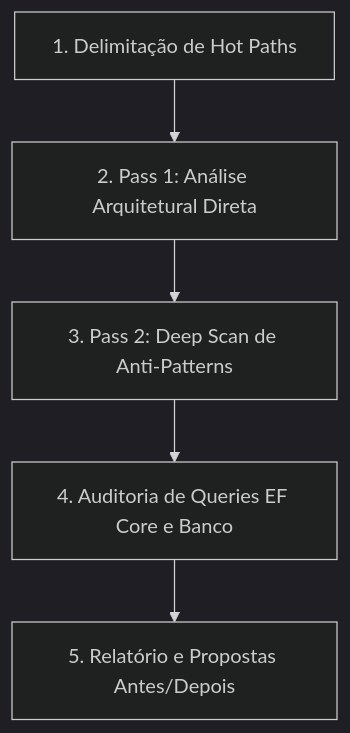
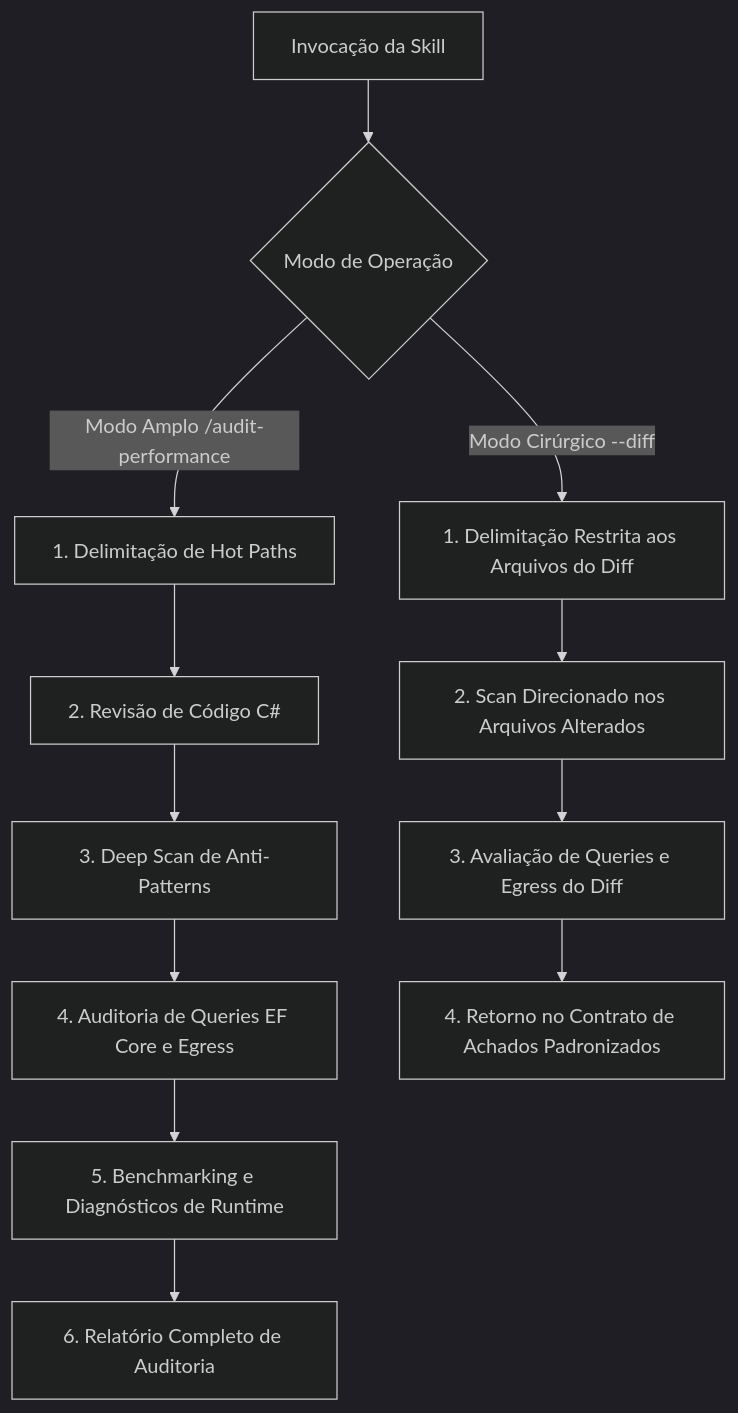
One commit to samuelalvesv/autogestor changed the diagram in .agents/skills/audit-performance/SKILL.md. Above: the diagram before and after it, drawn with Mermaid (dark theme). The commit also changed other lines of this file and 7 other files, not shown here.

First line of the commit message:
Viewed SKILL.md:1-102 Ran command: `rtk git status --short` Ran command: `rtk git diff --cached --name-only` Ran command: `rtk git diff --stat` Ran command: `rtk git diff --cached --stat`

````diff
--- a/.agents/skills/audit-performance/SKILL.md
+++ b/.agents/skills/audit-performance/SKILL.md
@@ -26,7 +69,14 @@
 ```mermaid
 flowchart TD
-    A[1. Delimitação de Hot Paths] --> B[2. Pass 1: Análise Arquitetural Direta]
-    B --> C[3. Pass 2: Deep Scan de Anti-Patterns]
-    C --> D[4. Auditoria de Queries EF Core e Banco]
-    D --> E[5. Relatório e Propostas Antes/Depois]
+    A[Invocação da Skill] --> B{Modo de Operação}
+    B -->|Modo Amplo /audit-performance| C[1. Delimitação de Hot Paths]
+    C --> D[2. Revisão de Código C#]
+    D --> E[3. Deep Scan de Anti-Patterns]
+    E --> F[4. Auditoria de Queries EF Core e Egress]
+    F --> G[5. Benchmarking e Diagnósticos de Runtime]
+    G --> H[6. Relatório Completo de Auditoria]
+    B -->|Modo Cirúrgico --diff| I[1. Delimitação Restrita aos Arquivos do Diff]
+    I --> J[2. Scan Direcionado nos Arquivos Alterados]
+    J --> K[3. Avaliação de Queries e Egress do Diff]
+    K --> L[4. Retorno no Contrato de Achados Padronizados]
 ```
````
